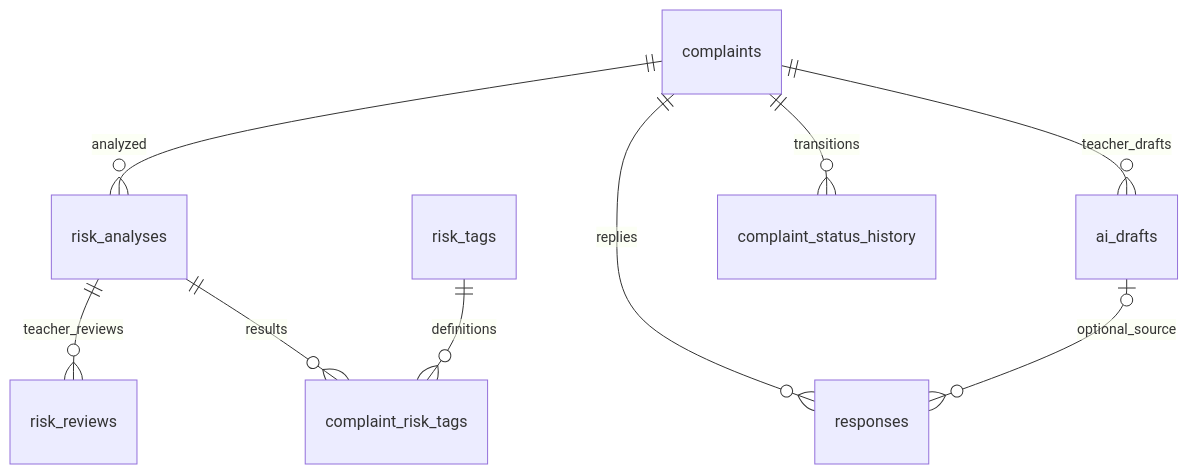
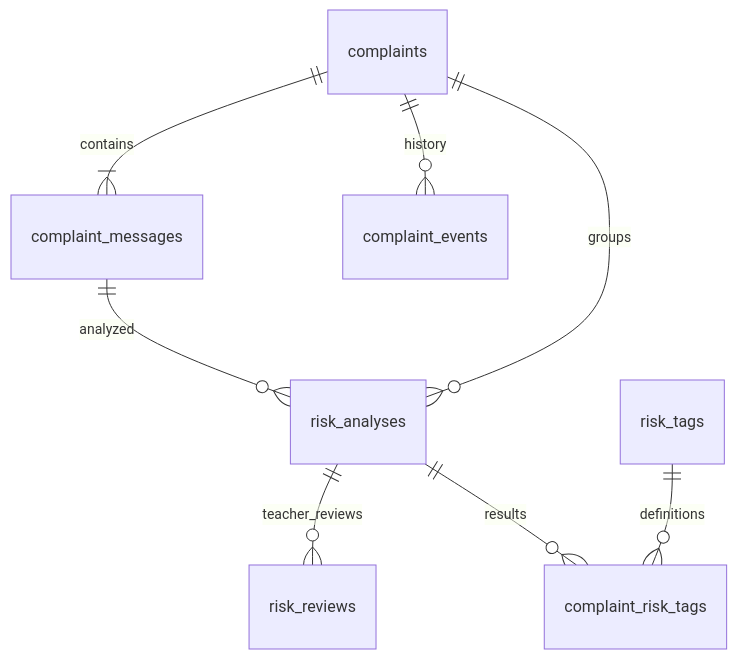
Before and after one commit to ai-sangsang-challenge-team4/Backend: the diagram in docs/risk-analysis-erd.md, drawn with Mermaid. The commit also changed other lines of this file and 60 other files, not shown here.

````diff
--- a/docs/risk-analysis-erd.md
+++ b/docs/risk-analysis-erd.md
@@ -3,11 +3,10 @@
 ```mermaid
 erDiagram
-    complaints ||--o{ risk_analyses : analyzed
+    complaints ||--|{ complaint_messages : contains
+    complaint_messages ||--o{ risk_analyses : analyzed
+    complaints ||--o{ risk_analyses : groups
     risk_analyses ||--o{ risk_reviews : teacher_reviews
     risk_analyses ||--o{ complaint_risk_tags : results
     risk_tags ||--o{ complaint_risk_tags : definitions
-    complaints ||--o{ ai_drafts : teacher_drafts
-    complaints ||--o{ responses : replies
-    ai_drafts o|--o{ responses : optional_source
-    complaints ||--o{ complaint_status_history : transitions
+    complaints ||--o{ complaint_events : history
 ```
````
